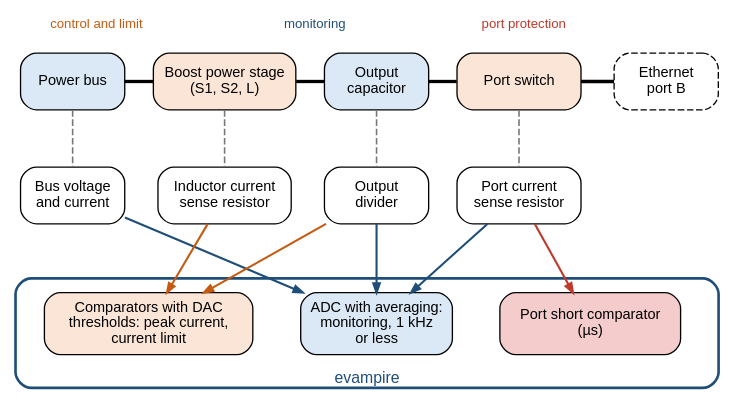
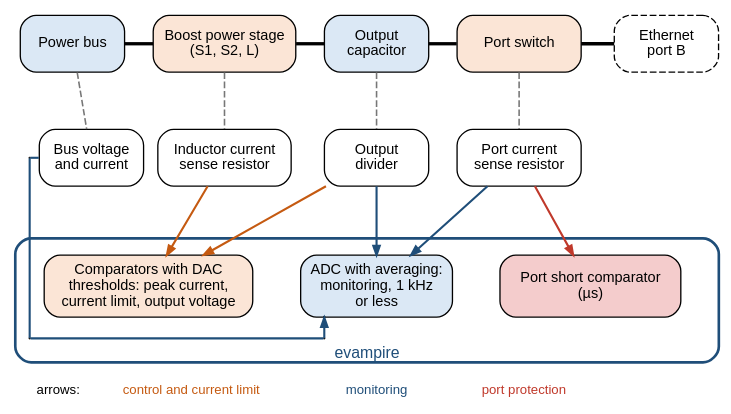
One commit to mithro/evampire changed the diagram in docs/power/converters/sensing.dot. Above: the diagram before and after it, drawn with Graphviz. The commit also changed 1 other file, not shown here.

Commit message:
Untangle the sensing figure and name the output-voltage comparator
The bus-to-ADC arrow crossed the divider-to-comparator arrow, the colour
key sat above boxes it did not describe, and the divider fed comparators
labelled only for current. The bus path now runs below the comparators,
the key is a single row under the chip, and the comparators are labelled
with the output voltage they also compare.

```diff
--- a/docs/power/converters/sensing.dot
+++ b/docs/power/converters/sensing.dot
@@ -1,66 +1,77 @@
 // Sense points around a power sourcing equipment output, and what each
 // feeds on evampire: comparators for control and protection, an ADC for
 // monitoring.
 //
 // Fixed grid (positions in inches): row 1 (y=3.4) the power path, row 2
 // (y=2.2) the sense points, row 3 (y=0.75) the circuits on evampire.
 // Edge colours: orange for control, red for protection, blue for
 // monitoring.
 //
 // SPDX-License-Identifier: Apache-2.0
 
 digraph sensing {
     graph [layout=neato, splines=false, overlap=true, fontname="Helvetica",
            size="7.4,5", outputorder=nodesfirst];
     node  [shape=box, style="rounded,filled", fillcolor="#f2f2f2",
            fontname="Helvetica", fontsize=11, width=1.3, height=0.6,
            fixedsize=true];
     edge  [arrowsize=0.7, penwidth=1.5];
 
-    chip  [pos="3.85,0.75!", width=7.4, height=1.15, label="evampire",
+    chip  [pos="3.85,0.7!", width=7.4, height=1.3, label="evampire",
            labelloc=b, style="rounded,bold", color="#1f4e79",
            fontcolor="#1f4e79", fillcolor="none", fontsize=12];
 
     bus   [pos="0.75,3.4!", width=1.1, label="Power bus", fillcolor="#dbe8f5"];
     stage [pos="2.35,3.4!", width=1.5, label="Boost power stage\n(S1, S2, L)",
            fillcolor="#fbe5d6"];
     cap   [pos="3.95,3.4!", width=1.1, label="Output\ncapacitor", fillcolor="#dbe8f5"];
     pse   [pos="5.45,3.4!", width=1.3, label="Port switch", fillcolor="#fbe5d6"];
     port  [pos="7.0,3.4!", width=1.1, label="Ethernet\nport B", fillcolor="#ffffff",
            style="rounded,filled,dashed"];
 
-    s_bus [pos="0.75,2.2!", width=1.1, label="Bus voltage\nand current",
+    s_bus [pos="0.95,2.2!", width=1.1, label="Bus voltage\nand current",
            fillcolor="#ffffff"];
     s_il  [pos="2.35,2.2!", width=1.4, label="Inductor current\nsense resistor",
            fillcolor="#ffffff"];
     s_out [pos="3.95,2.2!", width=1.1, label="Output\ndivider", fillcolor="#ffffff"];
     s_pt  [pos="5.45,2.2!", width=1.3, label="Port current\nsense resistor",
            fillcolor="#ffffff"];
 
     cmp   [pos="1.55,0.85!", width=2.2, height=0.65,
-           label="Comparators with DAC\nthresholds: peak current,\ncurrent limit",
+           label="Comparators with DAC\nthresholds: peak current,\ncurrent limit, output voltage",
            fillcolor="#fbe5d6"];
     adc   [pos="3.95,0.85!", width=1.6, height=0.65,
            label="ADC with averaging:\nmonitoring, 1 kHz\nor less", fillcolor="#dbe8f5"];
     pcmp  [pos="6.2,0.85!", width=1.9, height=0.65,
            label="Port short comparator\n(µs)", fillcolor="#f4cccc"];
+
+    node  [shape=point, width=0.01, height=0.01, label=""];
+    kb1 [pos="0.3,2.2!"];
+    kb2 [pos="0.3,0.3!"];
+    kb3 [pos="3.4,0.3!"];
+    kb4 [pos="3.4,0.525!"];
 
     edge  [arrowhead=none, penwidth=2.5];
     bus -> stage;  stage -> cap;  cap -> pse;  pse -> port;
     edge  [penwidth=1.2, style=dashed, color="#777777"];
     bus -> s_bus;  stage -> s_il;  cap -> s_out;  pse -> s_pt;
 
     edge  [arrowhead=normal, style=solid, penwidth=1.6];
     s_il  -> cmp  [color="#c55a11"];
     s_out -> cmp  [color="#c55a11"];
-    s_bus -> adc  [color="#1f4e79"];
+    s_bus -> kb1  [color="#1f4e79", arrowhead=none];
+    kb1 -> kb2    [color="#1f4e79", arrowhead=none];
+    kb2 -> kb3    [color="#1f4e79", arrowhead=none];
+    kb3 -> kb4    [color="#1f4e79"];
     s_out -> adc  [color="#1f4e79"];
     s_pt  -> adc  [color="#1f4e79"];
     s_pt  -> pcmp [color="#c0392b"];
 
     // Legend.
     node  [shape=plaintext, style="", fontsize=10, width=1.2, height=0.2];
-    k1 [pos="1.0,4.0!", fontcolor="#c55a11", label="control and limit"];
-    k2 [pos="3.3,4.0!", fontcolor="#1f4e79", label="monitoring"];
-    k3 [pos="5.5,4.0!", fontcolor="#c0392b", label="port protection"];
+    k0 [pos="0.6,-0.25!", width=0.9, label="arrows:"];
+    k1 [pos="2.0,-0.25!", width=2.0, fontcolor="#c55a11", label="control and current limit"];
+    k2 [pos="3.95,-0.25!", fontcolor="#1f4e79", label="monitoring"];
+    k3 [pos="5.5,-0.25!", fontcolor="#c0392b", label="port protection"];
+
 }
```
